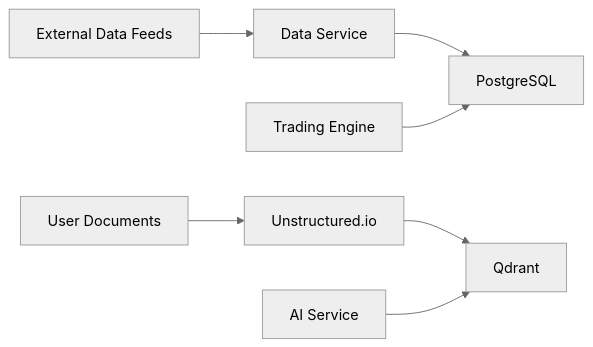
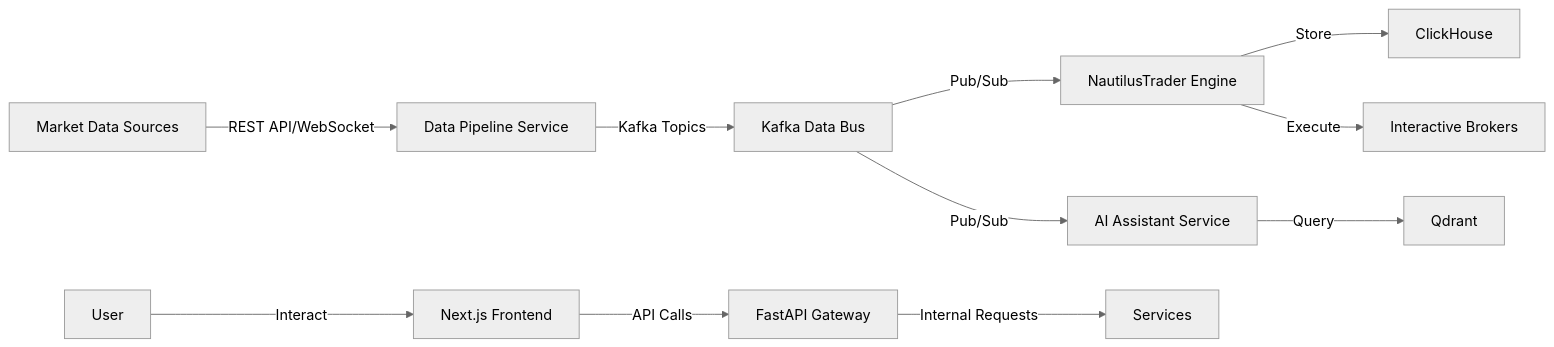
One commit to vincentspereira/Algorithmic-Trading-System changed the second of 4 diagrams in docs/06. Technical Specification Document (TSD) - Algorithmic Trading System.markdown. Above: the diagram before and after it, drawn with Mermaid (neutral theme). The commit also changed other lines of this file and 40 other files, not shown here.

````diff
--- a/docs/06. Technical Specification Document (TSD) - Algorithmic Trading System.markdown
+++ b/docs/06. Technical Specification Document (TSD) - Algorithmic Trading System.markdown
@@ -236,9 +102,13 @@
 ```mermaid
 graph LR
-    A[External Data Feeds] --> B[Data Service]
-    B --> C[PostgreSQL]
-    D[User Documents] --> E[Unstructured.io]
-    E --> F[Qdrant]
-    G[AI Service] --> F
-    H[Trading Engine] --> C
+    A[Market Data Sources] -->|REST API/WebSocket| B[Data Pipeline Service]
+    B -->|Kafka Topics| C[Kafka Data Bus]
+    C -->|Pub/Sub| D[NautilusTrader Engine]
+    C -->|Pub/Sub| E[AI Assistant Service]
+    D -->|Store| F[ClickHouse]
+    E -->|Query| G[Qdrant]
+    D -->|Execute| H[Interactive Brokers]
+    I[User] -->|Interact| J[Next.js Frontend]
+    J -->|API Calls| K[FastAPI Gateway]
+    K -->|Internal Requests| L[Services]
 ```
````
